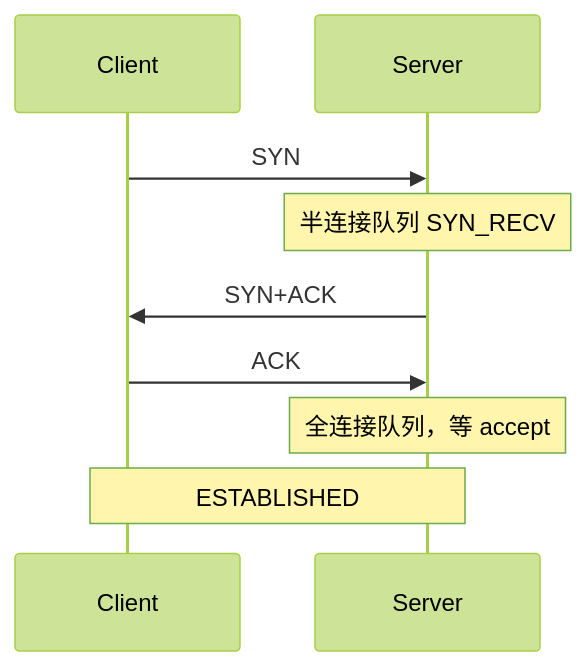
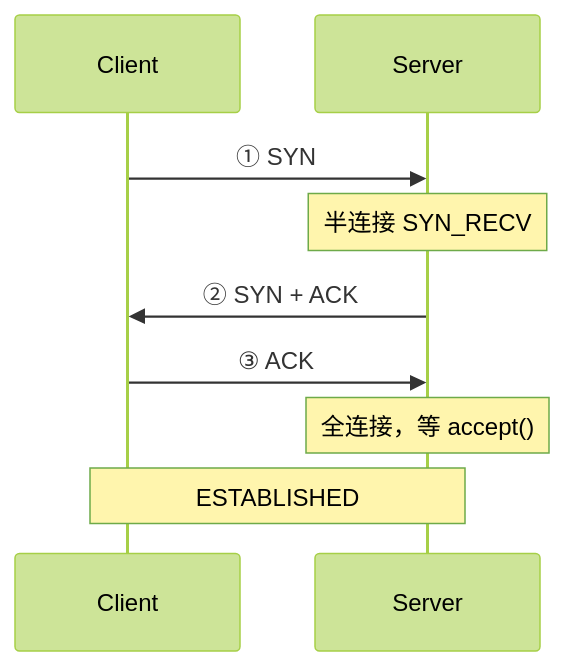
Before and after one commit to ml-cuizijun/LearnToLilith: the third of 5 diagrams in 02-基础底座/08-TCP与UDP/知识点.md, drawn with Mermaid (forest theme). The commit also changed other lines of this file and 3 other files, not shown here.

````diff
--- a/02-基础底座/08-TCP与UDP/知识点.md
+++ b/02-基础底座/08-TCP与UDP/知识点.md
@@ -191,11 +205,11 @@
 ```mermaid
 sequenceDiagram
     participant C as Client
     participant S as Server
-    C->>S: SYN
-    Note over S: 半连接队列 SYN_RECV
-    S->>C: SYN+ACK
-    C->>S: ACK
-    Note over S: 全连接队列，等 accept
+    C->>S: ① SYN
+    Note over S: 半连接 SYN_RECV
+    S->>C: ② SYN + ACK
+    C->>S: ③ ACK
+    Note over S: 全连接，等 accept()
     Note over C,S: ESTABLISHED
 ```
````
